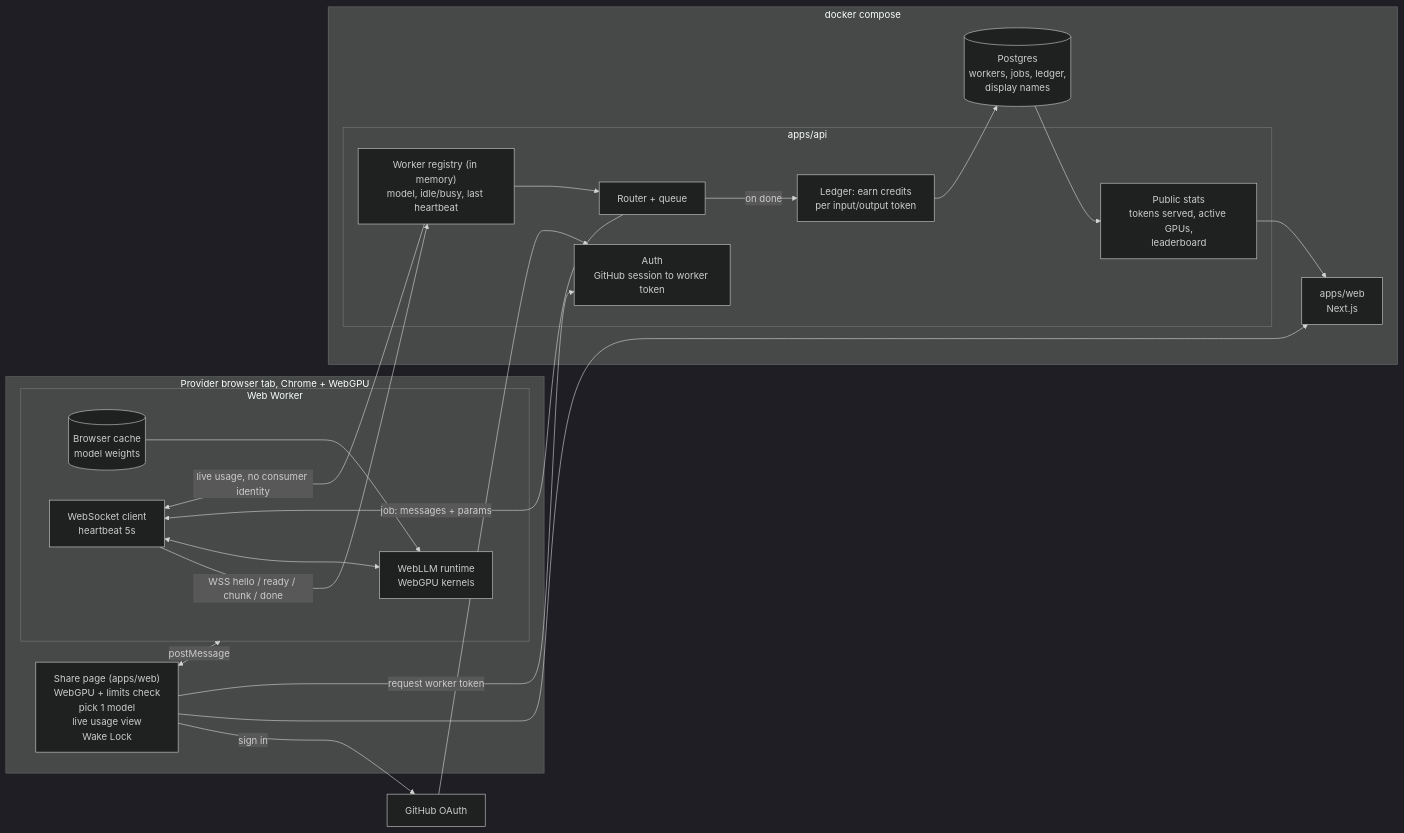
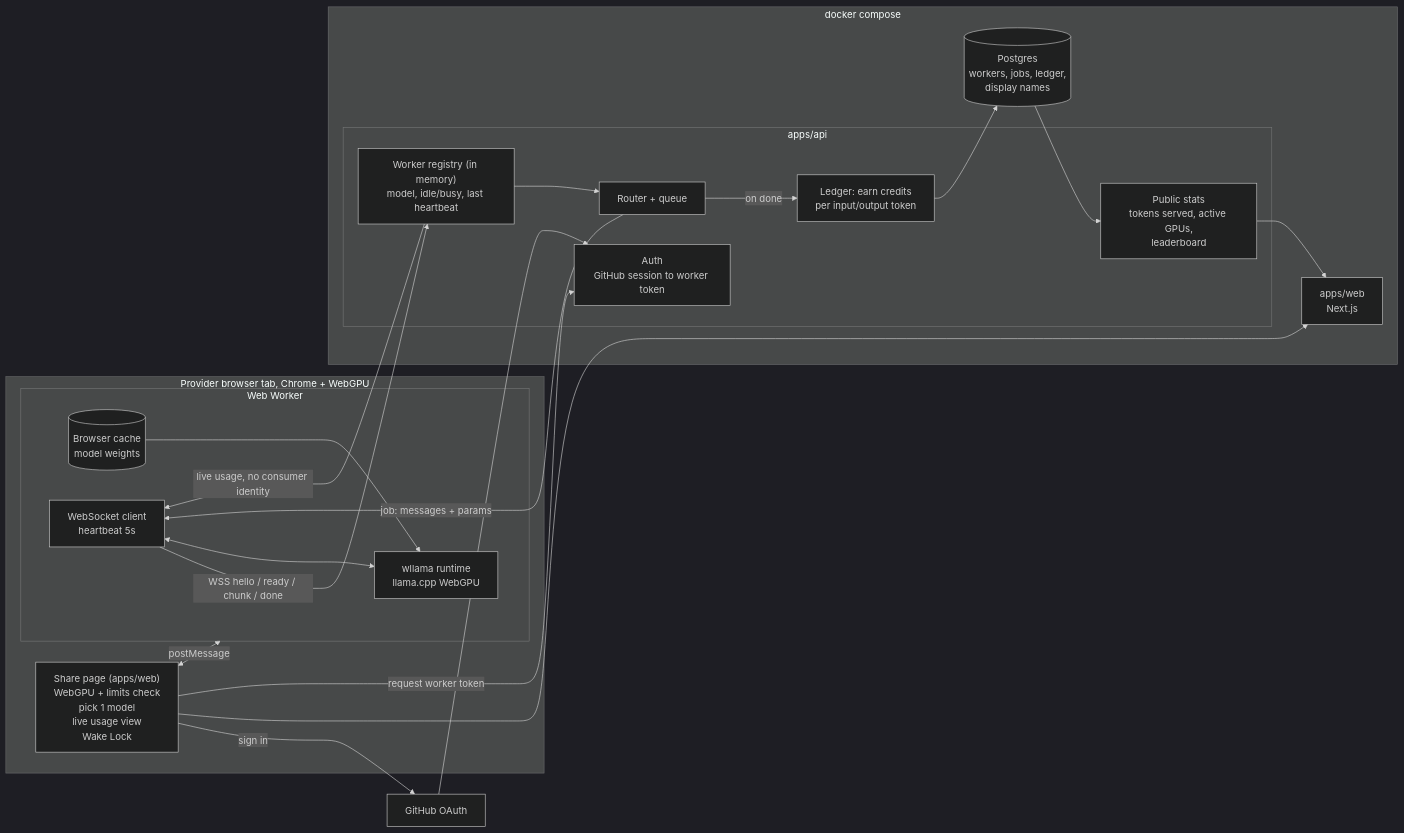
Before and after one commit to juliomatcom/shareinference.com: the second of 2 diagrams in specs/mvp-plan.md, drawn with Mermaid (dark theme). The commit also changed other lines of this file and 75 other files, not shown here.

````diff
--- a/specs/mvp-plan.md
+++ b/specs/mvp-plan.md
@@ -48,38 +48,38 @@
 ```mermaid
 flowchart LR
   subgraph Browser["Provider browser tab, Chrome + WebGPU"]
     SHARE["Share page (apps/web)<br/>WebGPU + limits check<br/>pick 1 model<br/>live usage view<br/>Wake Lock"]
     subgraph WK["Web Worker"]
-      LLM["WebLLM runtime<br/>WebGPU kernels"]
+      LLM["wllama runtime<br/>llama.cpp WebGPU"]
       CACHE[("Browser cache<br/>model weights")]
       WS["WebSocket client<br/>heartbeat 5s"]
     end
   end
 
   subgraph Stack["docker compose"]
     WEB["apps/web<br/>Next.js"]
     subgraph API["apps/api"]
       AUTH["Auth<br/>GitHub session to worker token"]
       REG["Worker registry (in memory)<br/>model, idle/busy, last heartbeat"]
       R["Router + queue"]
       LED["Ledger: earn credits<br/>per input/output token"]
       PUB["Public stats<br/>tokens served, active GPUs,<br/>leaderboard"]
     end
     DB[("Postgres<br/>workers, jobs, ledger,<br/>display names")]
   end
 
   GH["GitHub OAuth"]
 
   SHARE -->|sign in| GH --> AUTH
   SHARE --> WEB
   SHARE -->|request worker token| AUTH
   SHARE <-->|postMessage| WK
   CACHE --> LLM
   WS -->|WSS hello / ready / chunk / done| REG
   R -->|job: messages + params| WS
   WS <--> LLM
   REG --> R
   R -->|on done| LED --> DB
   REG -->|live usage, no consumer identity| WS
   DB --> PUB --> WEB
 ```
````
